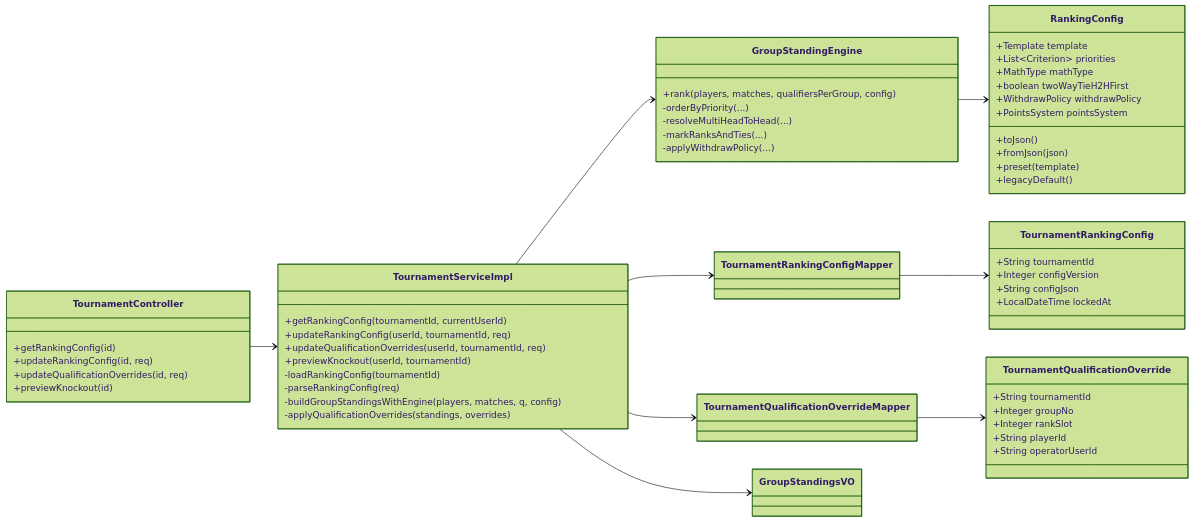
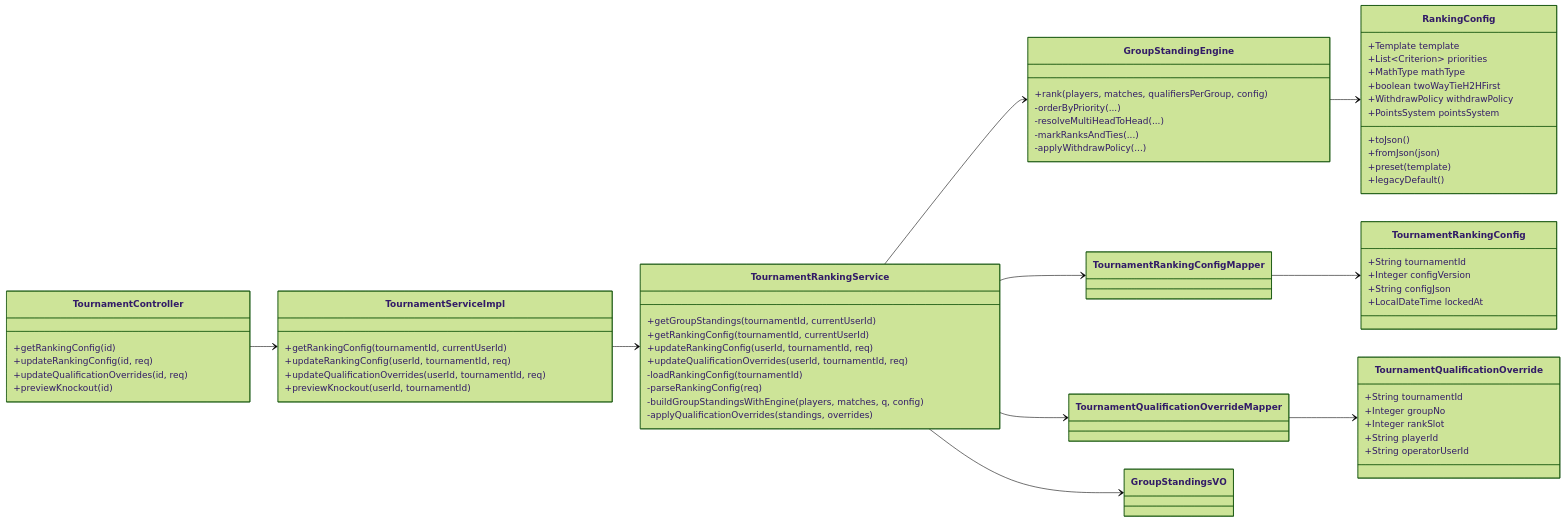
The eighth of 9 diagrams in docs/类图.md (lijingyuu/Scoring), drawn with Mermaid (forest theme) before and after one commit. The commit also changed other lines of this file and 7 other files, not shown here.

````diff
--- a/docs/类图.md
+++ b/docs/类图.md
@@ -675,71 +715,79 @@
 ```mermaid
 classDiagram
 direction LR
 
 class TournamentController {
   +getRankingConfig(id)
   +updateRankingConfig(id, req)
   +updateQualificationOverrides(id, req)
   +previewKnockout(id)
 }
 
 class TournamentServiceImpl {
   +getRankingConfig(tournamentId, currentUserId)
   +updateRankingConfig(userId, tournamentId, req)
   +updateQualificationOverrides(userId, tournamentId, req)
   +previewKnockout(userId, tournamentId)
+}
+
+class TournamentRankingService {
+  +getGroupStandings(tournamentId, currentUserId)
+  +getRankingConfig(tournamentId, currentUserId)
+  +updateRankingConfig(userId, tournamentId, req)
+  +updateQualificationOverrides(userId, tournamentId, req)
   -loadRankingConfig(tournamentId)
   -parseRankingConfig(req)
   -buildGroupStandingsWithEngine(players, matches, q, config)
   -applyQualificationOverrides(standings, overrides)
 }
 
 class GroupStandingEngine {
   +rank(players, matches, qualifiersPerGroup, config)
   -orderByPriority(...)
   -resolveMultiHeadToHead(...)
   -markRanksAndTies(...)
   -applyWithdrawPolicy(...)
 }
 
 class RankingConfig {
   +Template template
   +List~Criterion~ priorities
   +MathType mathType
   +boolean twoWayTieH2HFirst
   +WithdrawPolicy withdrawPolicy
   +PointsSystem pointsSystem
   +toJson()
   +fromJson(json)
   +preset(template)
   +legacyDefault()
 }
 
 class TournamentRankingConfig {
   +String tournamentId
   +Integer configVersion
   +String configJson
   +LocalDateTime lockedAt
 }
 
 class TournamentQualificationOverride {
   +String tournamentId
   +Integer groupNo
   +Integer rankSlot
   +String playerId
   +String operatorUserId
 }
 
 class TournamentRankingConfigMapper
 class TournamentQualificationOverrideMapper
 class GroupStandingsVO
 
 TournamentController --> TournamentServiceImpl
-TournamentServiceImpl --> GroupStandingEngine
+TournamentServiceImpl --> TournamentRankingService
+TournamentRankingService --> GroupStandingEngine
 GroupStandingEngine --> RankingConfig
-TournamentServiceImpl --> TournamentRankingConfigMapper
-TournamentServiceImpl --> TournamentQualificationOverrideMapper
+TournamentRankingService --> TournamentRankingConfigMapper
+TournamentRankingService --> TournamentQualificationOverrideMapper
 TournamentRankingConfigMapper --> TournamentRankingConfig
 TournamentQualificationOverrideMapper --> TournamentQualificationOverride
-TournamentServiceImpl --> GroupStandingsVO
+TournamentRankingService --> GroupStandingsVO
 ```
````
